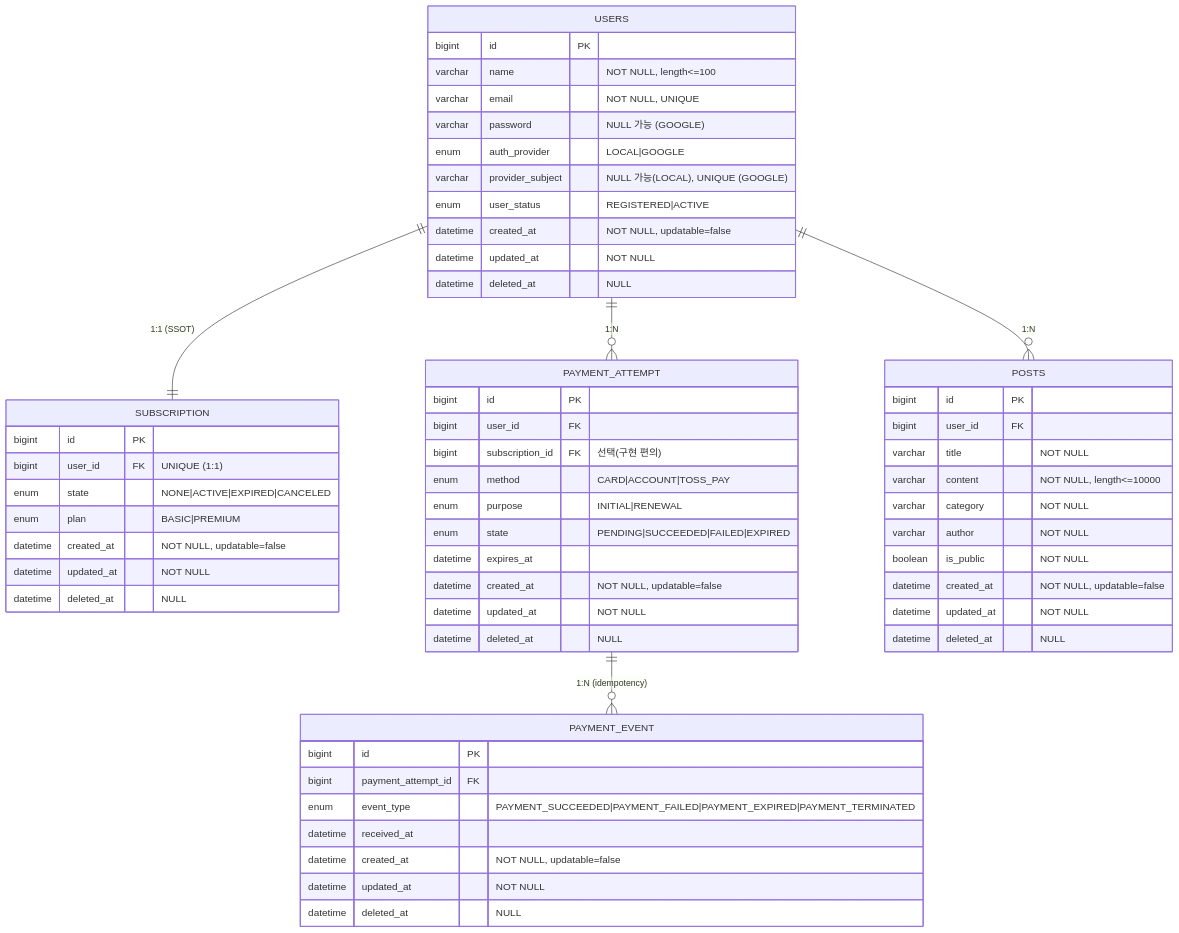
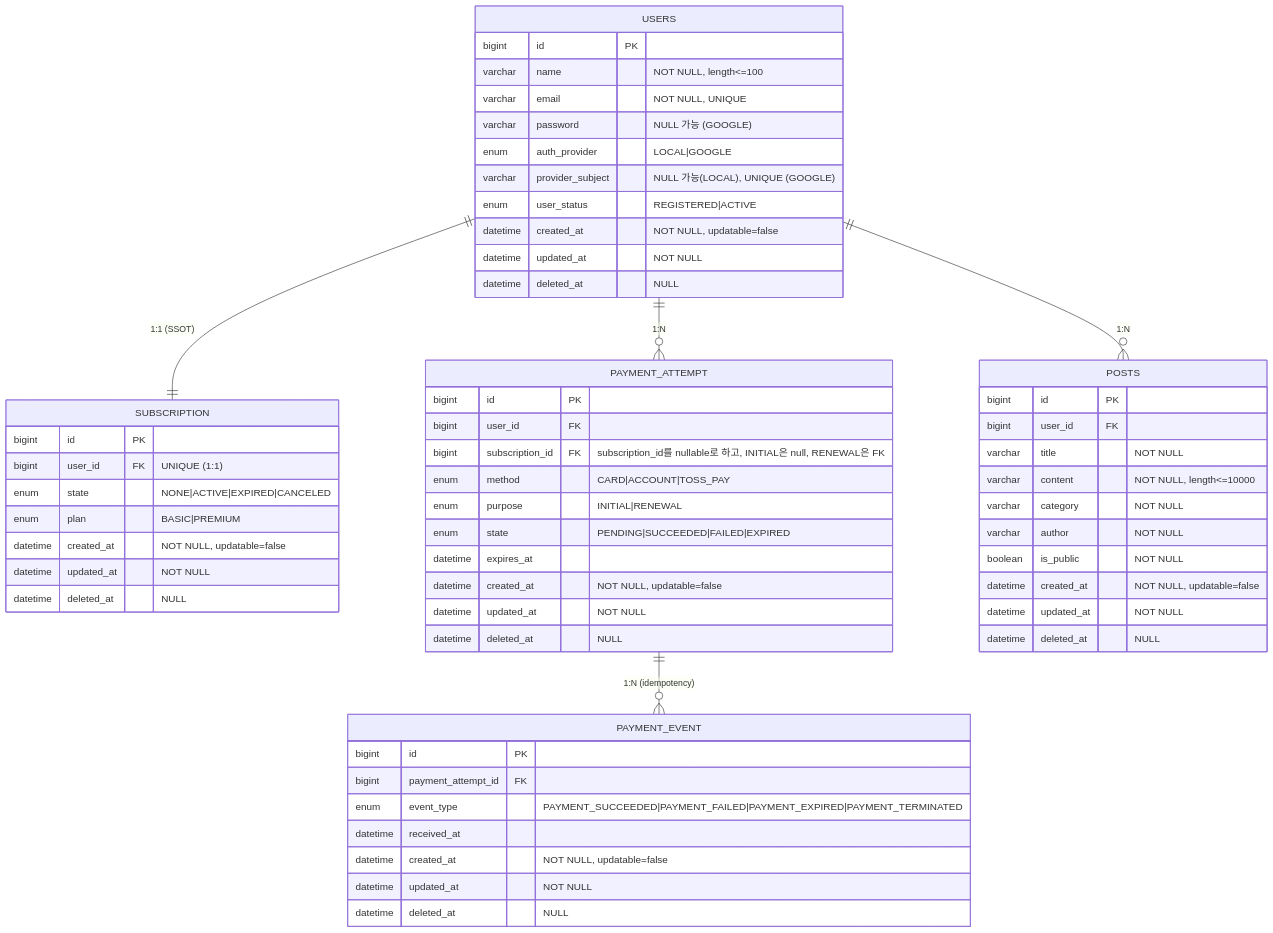
One commit to asqwklop12/dragons changed the diagram in docs/erd.md. Above: the diagram before and after it, drawn with Mermaid. The commit also changed 2 other files, not shown here.

Commit message:
일부 설계 변경

````diff
--- a/docs/erd.md
+++ b/docs/erd.md
@@ -3,73 +3,73 @@
 ```mermaid
 erDiagram
     USERS ||--|| SUBSCRIPTION : "1:1 (SSOT)"
     USERS ||--o{ PAYMENT_ATTEMPT : "1:N"
     PAYMENT_ATTEMPT ||--o{ PAYMENT_EVENT : "1:N (idempotency)"
     USERS ||--o{ POSTS : "1:N"
 
     USERS {
         bigint id PK
         varchar name "NOT NULL, length<=100"
         varchar email "NOT NULL, UNIQUE"
         varchar password "NULL 가능 (GOOGLE)"
         enum auth_provider "LOCAL|GOOGLE"
         varchar provider_subject "NULL 가능(LOCAL), UNIQUE (GOOGLE)"
         enum user_status "REGISTERED|ACTIVE"
 
         datetime created_at "NOT NULL, updatable=false"
         datetime updated_at "NOT NULL"
         datetime deleted_at "NULL"
     }
 
     SUBSCRIPTION {
         bigint id PK
         bigint user_id FK "UNIQUE (1:1)"
         enum state "NONE|ACTIVE|EXPIRED|CANCELED"
         enum plan "BASIC|PREMIUM"
 
         datetime created_at "NOT NULL, updatable=false"
         datetime updated_at "NOT NULL"
         datetime deleted_at "NULL"
     }
 
     PAYMENT_ATTEMPT {
         bigint id PK
         bigint user_id FK
-        bigint subscription_id FK "선택(구현 편의)"
+        bigint subscription_id FK "subscription_id를 nullable로 하고, INITIAL은 null, RENEWAL은 FK"
         enum method "CARD|ACCOUNT|TOSS_PAY"
         enum purpose "INITIAL|RENEWAL"
         enum state "PENDING|SUCCEEDED|FAILED|EXPIRED"
         datetime expires_at
 
         datetime created_at "NOT NULL, updatable=false"
         datetime updated_at "NOT NULL"
         datetime deleted_at "NULL"
     }
 
     PAYMENT_EVENT {
         bigint id PK
         bigint payment_attempt_id FK
         enum event_type "PAYMENT_SUCCEEDED|PAYMENT_FAILED|PAYMENT_EXPIRED|PAYMENT_TERMINATED"
         datetime received_at
 
         datetime created_at "NOT NULL, updatable=false"
         datetime updated_at "NOT NULL"
         datetime deleted_at "NULL"
     }
 
     POSTS {
         bigint id PK
         bigint user_id FK
         varchar title "NOT NULL"
         varchar content "NOT NULL, length<=10000"
         varchar category "NOT NULL"
         varchar author "NOT NULL"
         boolean is_public "NOT NULL"
 
         datetime created_at "NOT NULL, updatable=false"
         datetime updated_at "NOT NULL"
         datetime deleted_at "NULL"
     }
 
 
 ```
````
